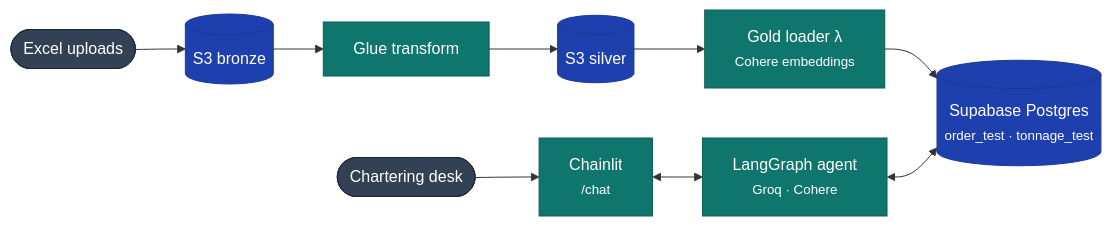
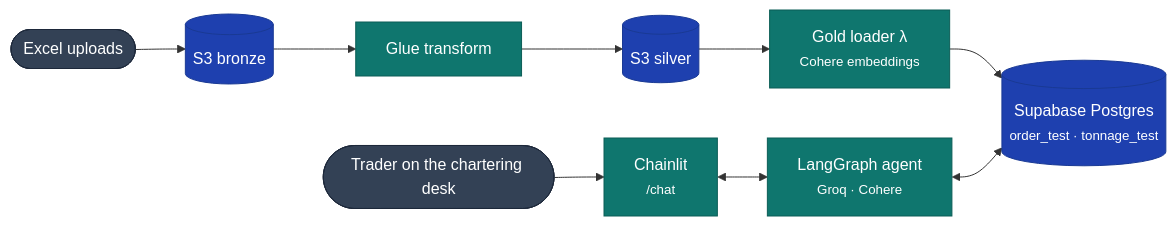
The first of 4 diagrams in README.md (Ryantshh/Ocean-Intelligence), drawn with Mermaid before and after one commit. The commit also changed 13 other files, not shown here.

````diff
--- a/README.md
+++ b/README.md
@@ -15,16 +15,16 @@
 ```mermaid
 flowchart LR
     xlsx([Excel uploads]):::edge --> bronze[(S3 bronze)]:::store
     bronze --> glue[Glue transform]:::work --> silver[(S3 silver)]:::store
     silver --> loader["Gold loader λ<br/><small>Cohere embeddings</small>"]:::work --> pg
 
     pg[("Supabase Postgres<br/><small>order_test · tonnage_test</small>")]:::store
 
-    broker([Chartering desk]):::edge --> chat["Chainlit<br/><small>/chat</small>"]:::work
+    trader([Trader on the chartering desk]):::edge --> chat["Chainlit<br/><small>/chat</small>"]:::work
     chat <--> agent["LangGraph agent<br/><small>Groq · Cohere</small>"]:::work
     agent <--> pg
 
     classDef store fill:#1e40af,stroke:#1a3a94,color:#fff
     classDef work fill:#0f766e,stroke:#0b5d56,color:#fff
     classDef edge fill:#334155,stroke:#1e293b,color:#fff
 ```
````
